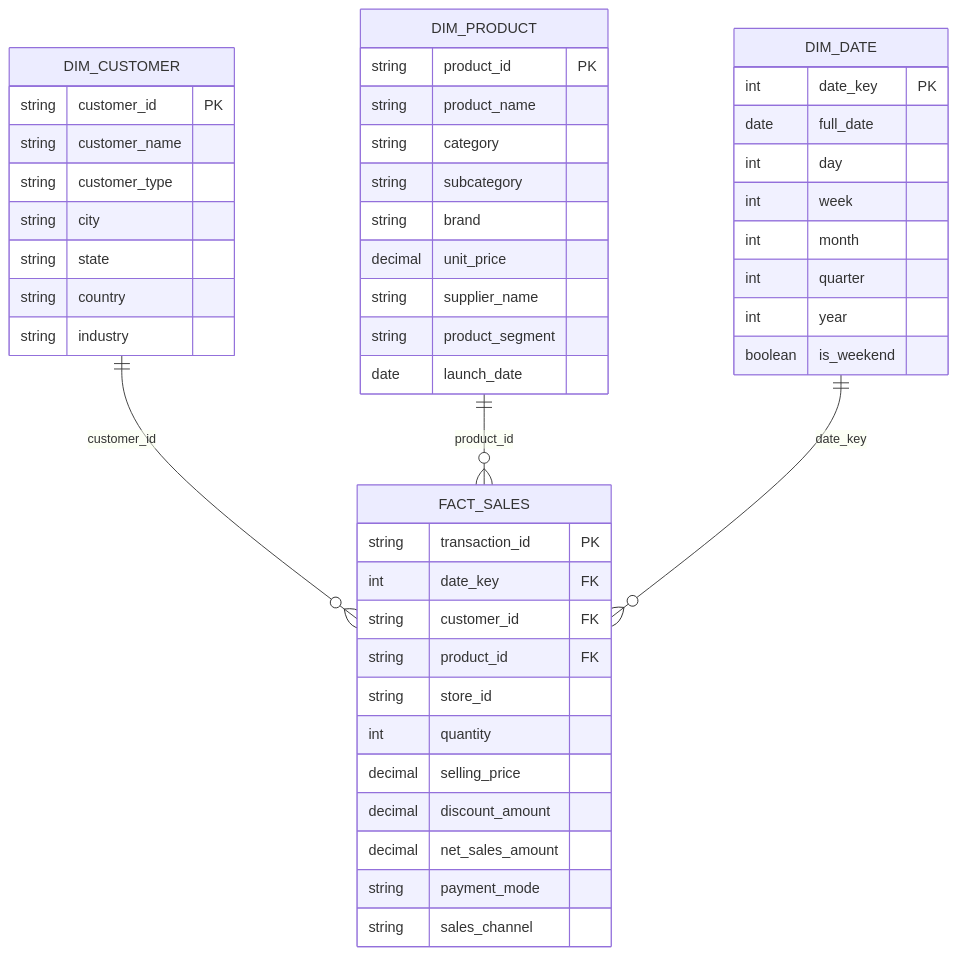
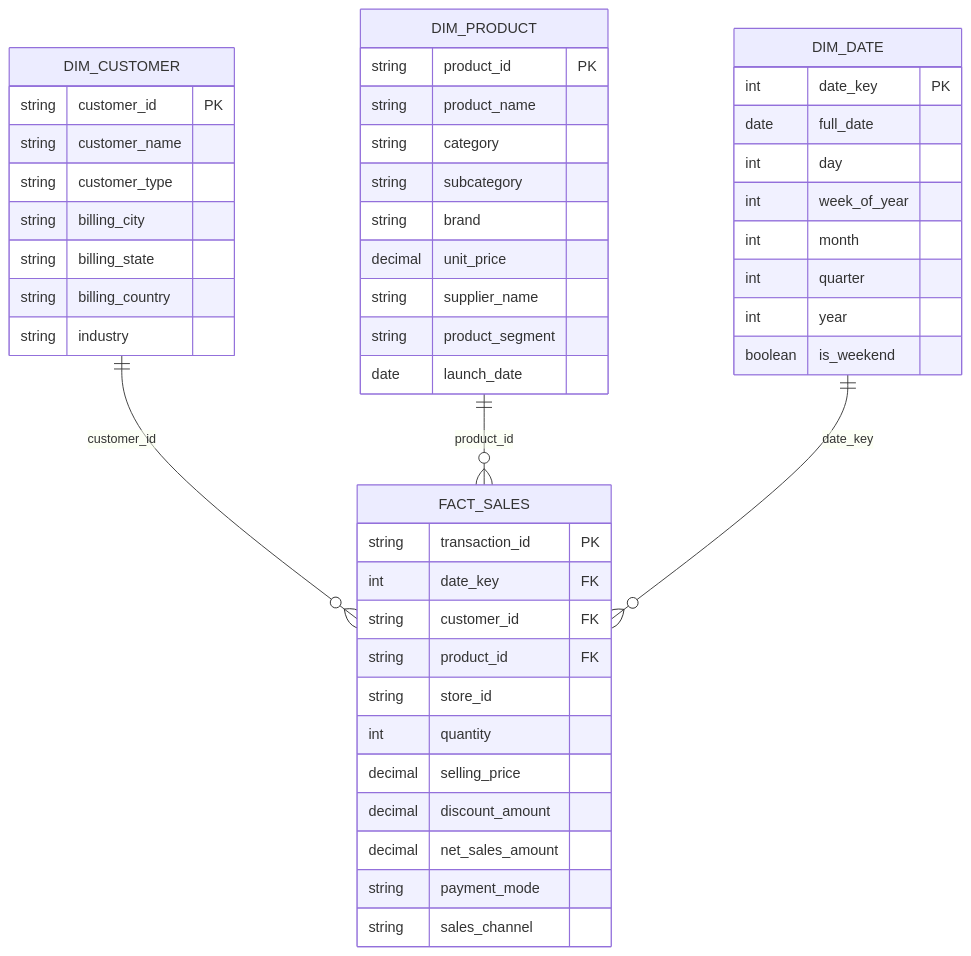
The second of 5 diagrams in README.md (yanquielarango/retail_project), drawn with Mermaid before and after one commit. The commit also changed other lines of this file and 14 other files, not shown here.

````diff
--- a/README.md
+++ b/README.md
@@ -185,53 +200,53 @@
 ```mermaid
 erDiagram
     DIM_CUSTOMER ||--o{ FACT_SALES : customer_id
     DIM_PRODUCT  ||--o{ FACT_SALES : product_id
     DIM_DATE     ||--o{ FACT_SALES : date_key
- 
+
     FACT_SALES {
         string transaction_id PK
         int date_key FK
         string customer_id FK
         string product_id FK
         string store_id
         int quantity
         decimal selling_price
         decimal discount_amount
         decimal net_sales_amount
         string payment_mode
         string sales_channel
     }
- 
+
     DIM_CUSTOMER {
         string customer_id PK
         string customer_name
         string customer_type
-        string city
-        string state
-        string country
+        string billing_city
+        string billing_state
+        string billing_country
         string industry
     }
- 
+
     DIM_PRODUCT {
         string product_id PK
         string product_name
         string category
         string subcategory
         string brand
         decimal unit_price
         string supplier_name
         string product_segment
         date launch_date
     }
- 
+
     DIM_DATE {
         int date_key PK
         date full_date
         int day
-        int week
+        int week_of_year
         int month
         int quarter
         int year
         boolean is_weekend
     }
 ```
````
